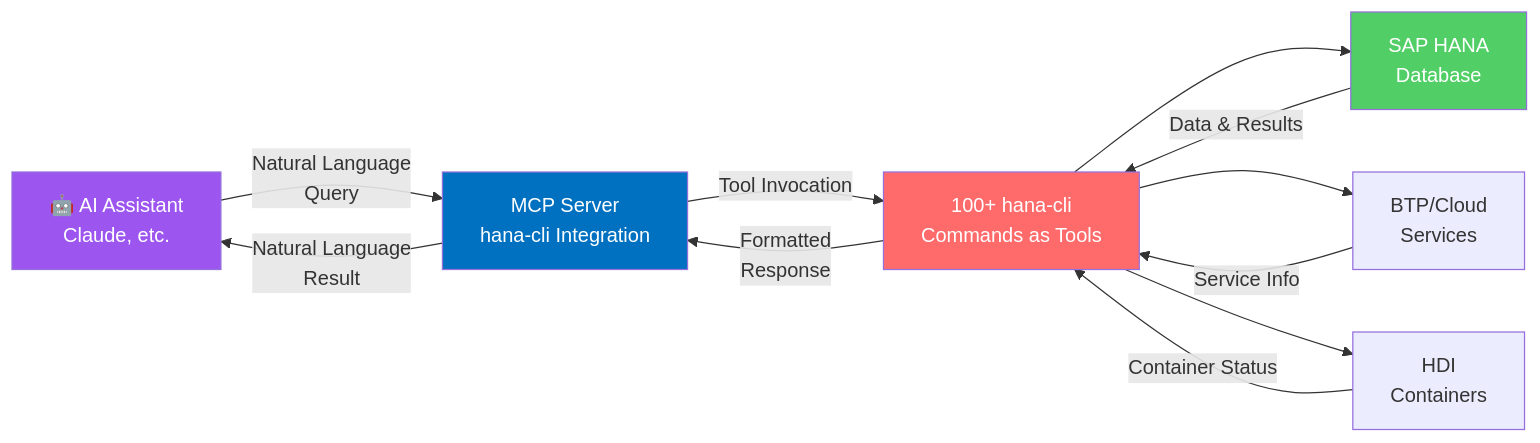
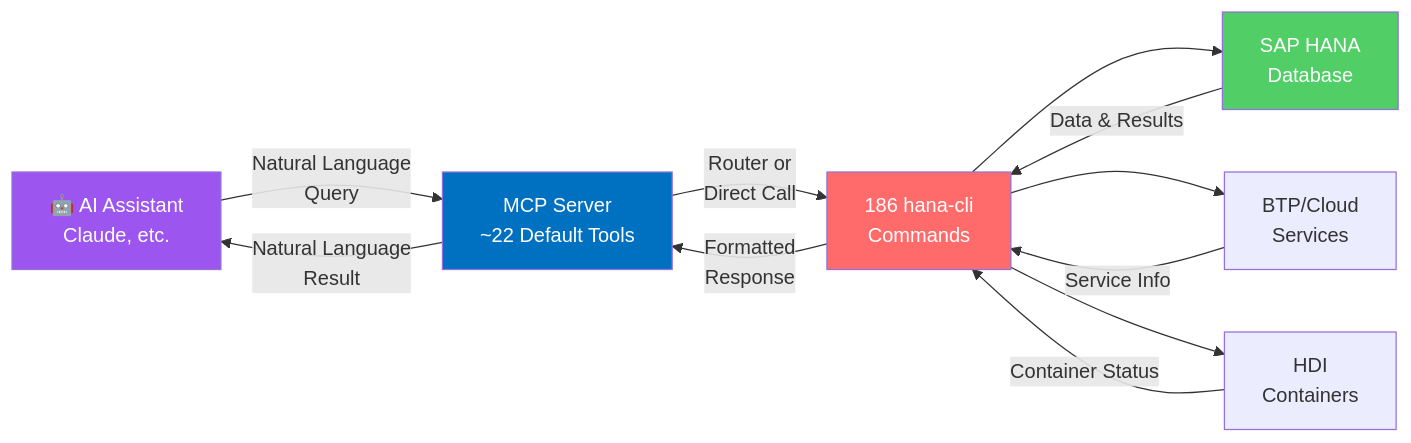
One commit to SAP-samples/hana-developer-cli-tool-example changed the fifth of 7 diagrams in README.md. Above: the diagram before and after it, drawn with Mermaid. The commit also changed other lines of this file and 7 other files, not shown here.

First line of the commit message:
docs: update documentation for MCP tiered tool architecture

````diff
--- a/README.md
+++ b/README.md
@@ -462,24 +462,24 @@
 ```mermaid
 graph LR
     AI["🤖 AI Assistant<br/>Claude, etc."]
-    
-    AI -->|Natural Language<br/>Query| MCP["MCP Server<br/>hana-cli Integration"]
-    
-    MCP -->|Tool Invocation| Tools["100+ hana-cli<br/>Commands as Tools"]
-    
+
+    AI -->|Natural Language<br/>Query| MCP["MCP Server<br/>~22 Default Tools"]
+
+    MCP -->|Router or<br/>Direct Call| Tools["186 hana-cli<br/>Commands"]
+
     Tools --> DB["SAP HANA<br/>Database"]
     Tools --> Cloud["BTP/Cloud<br/>Services"]
     Tools --> HDI["HDI<br/>Containers"]
-    
+
     DB -->|Data & Results| Tools
     Cloud -->|Service Info| Tools
     HDI -->|Container Status| Tools
-    
+
     Tools -->|Formatted<br/>Response| MCP
     MCP -->|Natural Language<br/>Result| AI
-    
+
     style AI fill:#9D55F0,color:#fff
     style MCP fill:#0070C0,color:#fff
     style Tools fill:#FF6B6B,color:#fff
     style DB fill:#51CF66,color:#fff
 ```
````
